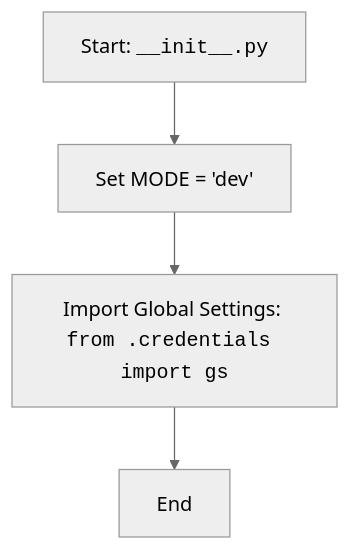
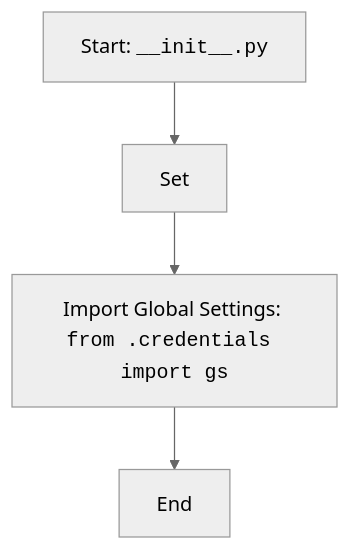
One commit to hypo69/hypo changed the diagram in docs/gemini/ru/explainer/src/__init__.py.md. Above: the diagram before and after it, drawn with Mermaid (neutral theme). The commit also changed other lines of this file and 6031 other files, not shown here.

````diff
--- a/docs/gemini/ru/explainer/src/__init__.py.md
+++ b/docs/gemini/ru/explainer/src/__init__.py.md
@@ -16,6 +16,6 @@
 ```mermaid
 flowchart TD
-    Start[Start: <code>__init__.py</code>] --> ModeSetting[Set MODE = 'dev']
+    Start[Start: <code>__init__.py</code>] --> ModeSetting[Set ]
     ModeSetting --> ImportSettings[Import Global Settings: <br><code>from .credentials import gs</code>]
     ImportSettings --> End[End]
 ```
````
